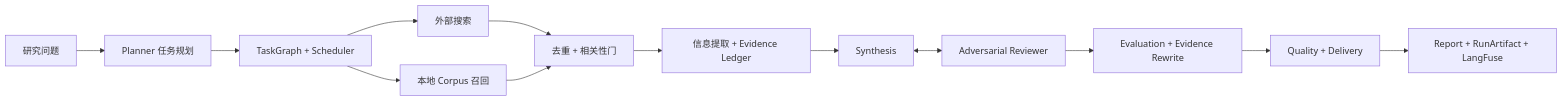
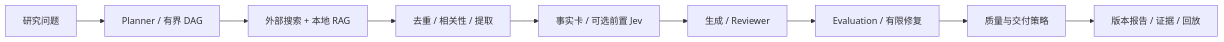
Before and after one commit to Zeakle/LitAgent: the diagram in README.zh-CN.md, drawn with Mermaid. The commit also changed other lines of this file and 14 other files, not shown here.

````diff
--- a/README.zh-CN.md
+++ b/README.zh-CN.md
@@ -126,15 +35,11 @@
 ```mermaid
 flowchart LR
-    Q["研究问题"] --> P["Planner 任务规划"]
-    P --> D["TaskGraph + Scheduler"]
-    D --> S["外部搜索"]
-    D --> R["本地 Corpus 召回"]
-    S --> G["去重 + 相关性门"]
-    R --> G
-    G --> E["信息提取 + Evidence Ledger"]
-    E --> Y["Synthesis"]
-    Y <--> V["Adversarial Reviewer"]
-    V --> A["Evaluation + Evidence Rewrite"]
-    A --> L["Quality + Delivery"]
-    L --> O["Report + RunArtifact + LangFuse"]
+    Q[研究问题] --> P[Planner / 有界 DAG]
+    P --> S[外部搜索 + 本地 RAG]
+    S --> E[去重 / 相关性 / 提取]
+    E --> F[事实卡 / 可选前置 Jev]
+    F --> W[生成 / Reviewer]
+    W --> V[Evaluation / 有限修复]
+    V --> D[质量与交付策略]
+    D --> UI[版本报告 / 证据 / 回放]
 ```
````
